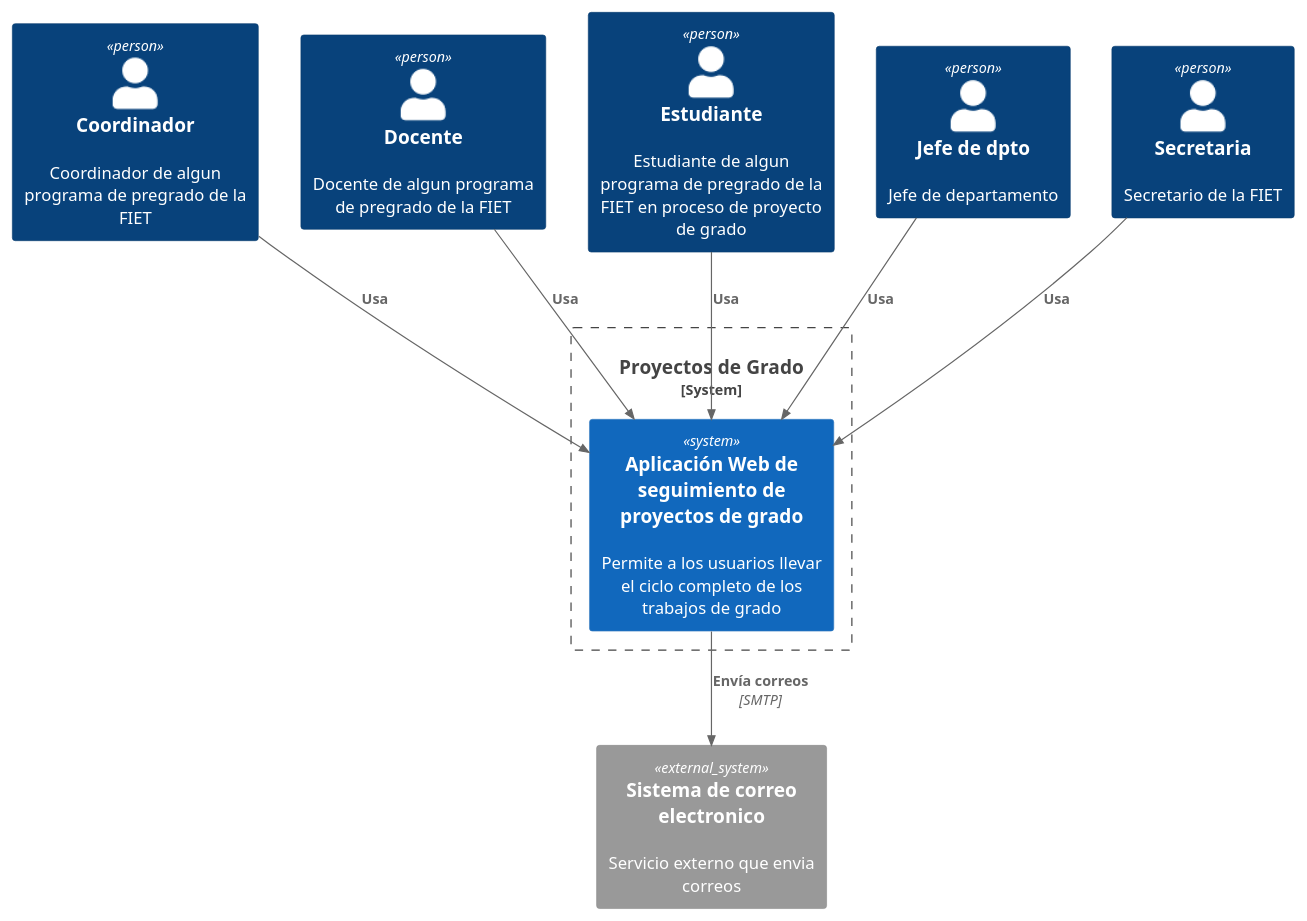
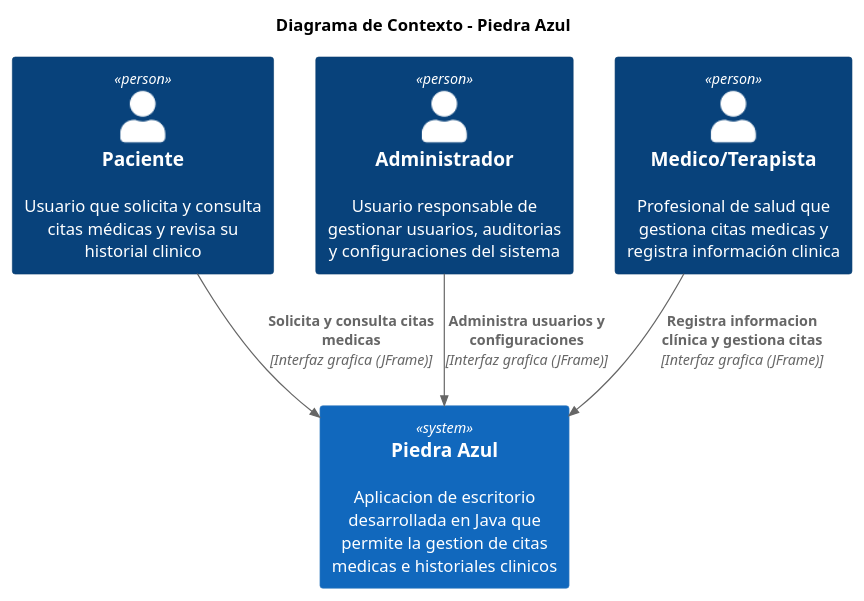
One commit to FernandoMulato/Piedrazul-Medical-Services-Network changed the diagram in mod_app_piedrazul_medical_services_network/dContext.puml. Above: the diagram before and after it, drawn with PlantUML.

Commit message:
diagrama de contexto terminado

```diff
--- a/mod_app_piedrazul_medical_services_network/dContext.puml
+++ b/mod_app_piedrazul_medical_services_network/dContext.puml
@@ -1,28 +1,33 @@
 @startuml Context
 
 !include https://raw.githubusercontent.com/plantuml-stdlib/C4-PlantUML/master/C4_Context.puml
 
+title Diagrama de Contexto - Piedra Azul
+
 ' =====================================================
-' DIAGRAMA DE CONTEXTO
+' USUARIOS DEL SISTEMA
 ' =====================================================
 
-Person(coordinador, "Coordinador", "Coordinador de algun programa de pregrado de la FIET")
-Person(docente, "Docente", "Docente de algun programa de pregrado de la FIET")
-Person(estudiante, "Estudiante", "Estudiante de algun programa de pregrado de la FIET en proceso de proyecto de grado")
-Person(jefe, "Jefe de dpto", "Jefe de departamento")
-Person(secretario, "Secretaria", "Secretario de la FIET")
+Person(paciente, "Paciente", "Usuario que solicita y consulta citas médicas y revisa su historial clinico")
 
-System_Boundary(s1, "Proyectos de Grado") {
-    System(app, "Aplicación Web de seguimiento de proyectos de grado", "Permite a los usuarios llevar el ciclo completo de los trabajos de grado")
-}
+Person(admin, "Administrador", "Usuario responsable de gestionar usuarios, auditorias y configuraciones del sistema")
 
-System_Ext(email, "Sistema de correo electronico", "Servicio externo que envia correos")
+Person(medico, "Medico/Terapista", "Profesional de salud que gestiona citas medicas y registra información clinica")
 
-Rel(coordinador, app, "Usa")
-Rel(docente, app, "Usa")
-Rel(estudiante, app, "Usa")
-Rel(jefe, app, "Usa")
-Rel(secretario, app, "Usa")
-Rel(app, email, "Envía correos", "SMTP")
+' =====================================================
+' SISTEMA PRINCIPAL
+' =====================================================
+
+System(aplicacion, "Piedra Azul", "Aplicacion de escritorio desarrollada en Java que permite la gestion de citas medicas e historiales clinicos")
+
+' =====================================================
+' RELACIONES
+' =====================================================
+
+Rel(paciente, aplicacion, "Solicita y consulta citas medicas", "Interfaz grafica (JFrame)")
+
+Rel(admin, aplicacion, "Administra usuarios y configuraciones", "Interfaz grafica (JFrame)")
+
+Rel(medico, aplicacion, "Registra informacion clínica y gestiona citas", "Interfaz grafica (JFrame)")
 
 @enduml
```
